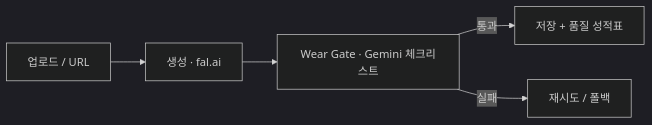
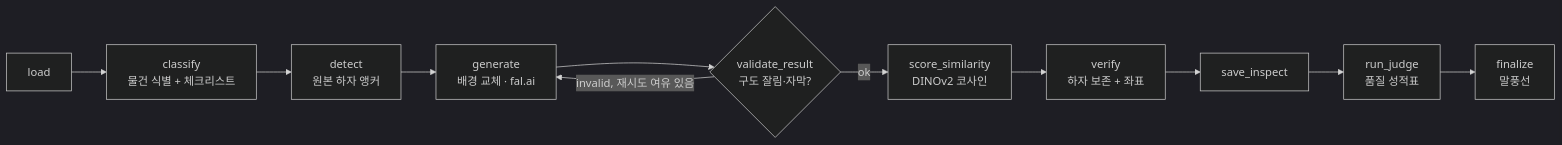
Before and after one commit to cha0620/Carret-App: the diagram in Readme.ko.md, drawn with Mermaid (dark theme). The commit also changed other lines of this file and 1 other file, not shown here.

````diff
--- a/Readme.ko.md
+++ b/Readme.ko.md
@@ -19,7 +32,13 @@
 ```mermaid
 flowchart LR
-  A[업로드 / URL] --> B[생성 · fal.ai]
-  B --> C[Wear Gate · Gemini 체크리스트]
-  C -->|통과| D[저장 + 품질 성적표]
-  C -->|실패| E[재시도 / 폴백]
+  L[load] --> C[classify<br/>물건 식별 + 체크리스트]
+  C --> D[detect<br/>원본 하자 앵커]
+  D --> G[generate<br/>배경 교체 · fal.ai]
+  G --> V{validate_result<br/>구도 잘림·자막?}
+  V -->|invalid, 재시도 여유 있음| G
+  V -->|ok| S[score_similarity<br/>DINOv2 코사인]
+  S --> VR[verify<br/>하자 보존 + 좌표]
+  VR --> I[save_inspect]
+  I --> J[run_judge<br/>품질 성적표]
+  J --> F[finalize<br/>말풍선]
 ```
````
